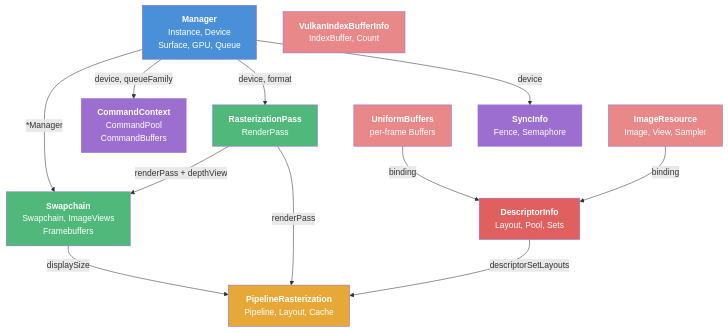
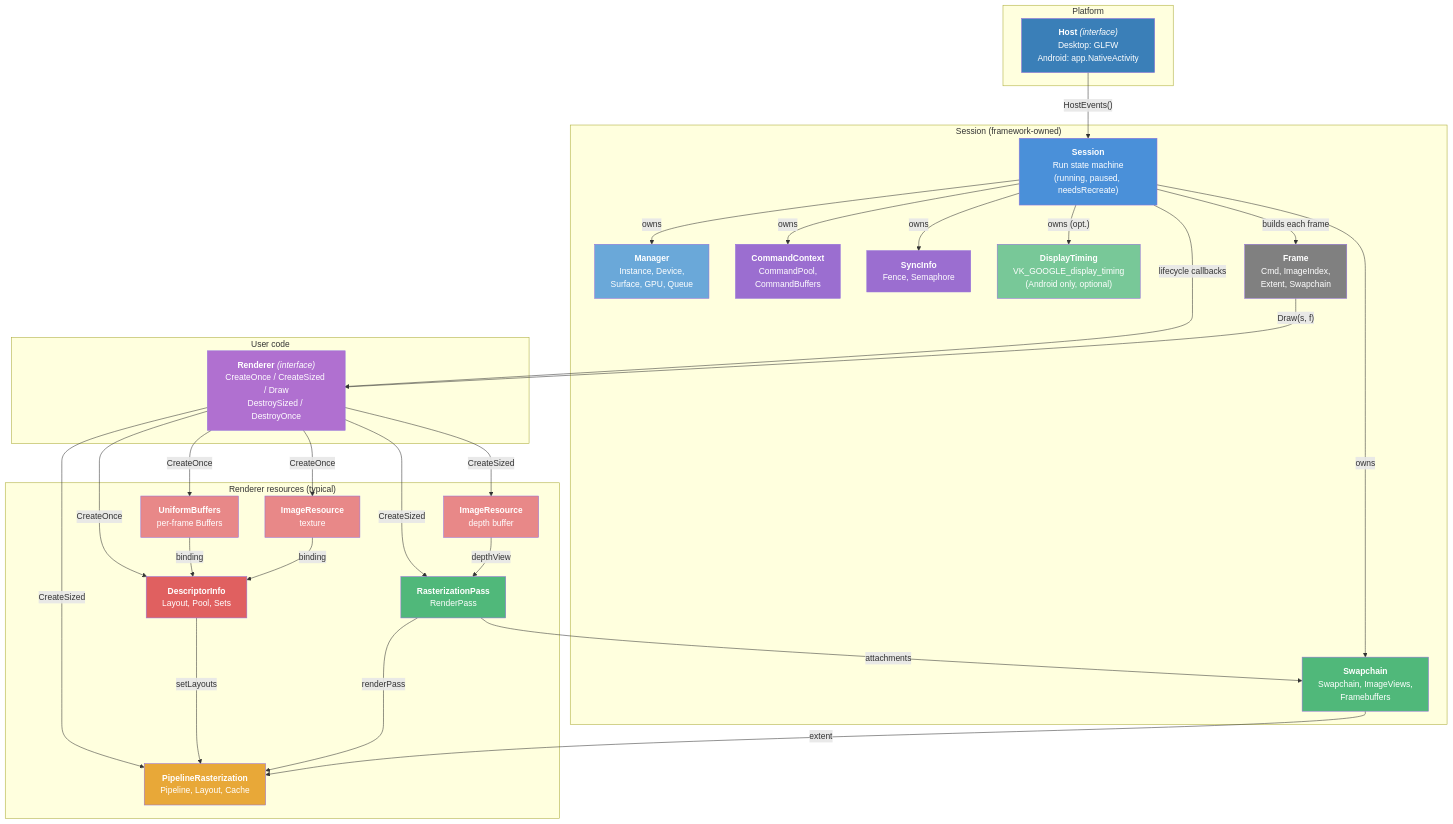
Before and after one commit to tomas-mraz/vulkan-ash-go: the first of 2 diagrams in API.md, drawn with Mermaid. The commit also changed other lines of this file, not shown here.

Commit message:
documentation update

````diff
--- a/API.md
+++ b/API.md
@@ -7,36 +16,71 @@
 ```mermaid
 graph TD
-    M["<b>Manager</b><br/>Instance, Device<br/>Surface, GPU, Queue"]
+    subgraph Platform
+        H["<b>Host</b> <i>(interface)</i><br/>Desktop: GLFW<br/>Android: app.NativeActivity"]
+    end
 
-    SW["<b>Swapchain</b><br/>Swapchain, ImageViews<br/>Framebuffers"]
-    RP["<b>RasterizationPass</b><br/>RenderPass"]
-    PR["<b>PipelineRasterization</b><br/>Pipeline, Layout, Cache"]
-    CC["<b>CommandContext</b><br/>CommandPool<br/>CommandBuffers"]
+    subgraph "User code"
+        R["<b>Renderer</b> <i>(interface)</i><br/>CreateOnce / CreateSized / Draw<br/>DestroySized / DestroyOnce"]
+    end
 
-    DI["<b>DescriptorInfo</b><br/>Layout, Pool, Sets"]
-    UB["<b>UniformBuffers</b><br/>per-frame Buffers"]
-    IR["<b>ImageResource</b><br/>Image, View, Sampler"]
-    IB["<b>VulkanIndexBufferInfo</b><br/>IndexBuffer, Count"]
-    SY["<b>SyncInfo</b><br/>Fence, Semaphore"]
-    M -->|"*Manager"| SW
-    M -->|"device, format"| RP
-    M -->|"device, queueFamily"| CC
-    M -->|"device"| SY
-    RP -->|"renderPass + depthView"| SW
-    SW -->|"displaySize"| PR
-    RP -->|"renderPass"| PR
-    DI -->|"descriptorSetLayouts"| PR
+    subgraph "Session (framework-owned)"
+        S["<b>Session</b><br/>Run state machine<br/>(running, paused, needsRecreate)"]
+        M["<b>Manager</b><br/>Instance, Device,<br/>Surface, GPU, Queue"]
+        SW["<b>Swapchain</b><br/>Swapchain, ImageViews,<br/>Framebuffers"]
+        CC["<b>CommandContext</b><br/>CommandPool,<br/>CommandBuffers"]
+        SY["<b>SyncInfo</b><br/>Fence, Semaphore"]
+        DT["<b>DisplayTiming</b><br/>VK_GOOGLE_display_timing<br/>(Android only, optional)"]
+        F["<b>Frame</b><br/>Cmd, ImageIndex,<br/>Extent, Swapchain"]
+    end
+
+    subgraph "Renderer resources (typical)"
+        RP["<b>RasterizationPass</b><br/>RenderPass"]
+        PR["<b>PipelineRasterization</b><br/>Pipeline, Layout, Cache"]
+        DP["<b>ImageResource</b><br/>depth buffer"]
+        DI["<b>DescriptorInfo</b><br/>Layout, Pool, Sets"]
+        UB["<b>UniformBuffers</b><br/>per-frame Buffers"]
+        IR["<b>ImageResource</b><br/>texture"]
+    end
+
+    H -->|"HostEvents()"| S
+    S -->|"owns"| M
+    S -->|"owns"| SW
+    S -->|"owns"| CC
+    S -->|"owns"| SY
+    S -->|"owns (opt.)"| DT
+
+    S -->|"lifecycle callbacks"| R
+    S -->|"builds each frame"| F
+    F -->|"Draw(s, f)"| R
+
+    R -->|"CreateOnce"| IR
+    R -->|"CreateOnce"| UB
+    R -->|"CreateOnce"| DI
+    R -->|"CreateSized"| DP
+    R -->|"CreateSized"| RP
+    R -->|"CreateSized"| PR
+
     UB -->|"binding"| DI
     IR -->|"binding"| DI
+    DI -->|"setLayouts"| PR
+    RP -->|"renderPass"| PR
+    SW -->|"extent"| PR
+    DP -->|"depthView"| RP
+    RP -->|"attachments"| SW
 
-    style M fill:#4a90d9,color:#fff
+    style H fill:#3a7fb8,color:#fff
+    style R fill:#b070d0,color:#fff
+    style S fill:#4a90d9,color:#fff
+    style F fill:#808080,color:#fff
+    style M fill:#6aa8d9,color:#fff
     style SW fill:#50b87a,color:#fff
+    style CC fill:#9b6ed0,color:#fff
+    style SY fill:#9b6ed0,color:#fff
+    style DT fill:#78c898,color:#fff
     style RP fill:#50b87a,color:#fff
     style PR fill:#e8a838,color:#fff
-    style CC fill:#9b6ed0,color:#fff
+    style DP fill:#e88888,color:#fff
     style DI fill:#e06060,color:#fff
     style UB fill:#e88888,color:#fff
     style IR fill:#e88888,color:#fff
-    style IB fill:#e88888,color:#fff
-    style SY fill:#9b6ed0,color:#fff
 ```
````
